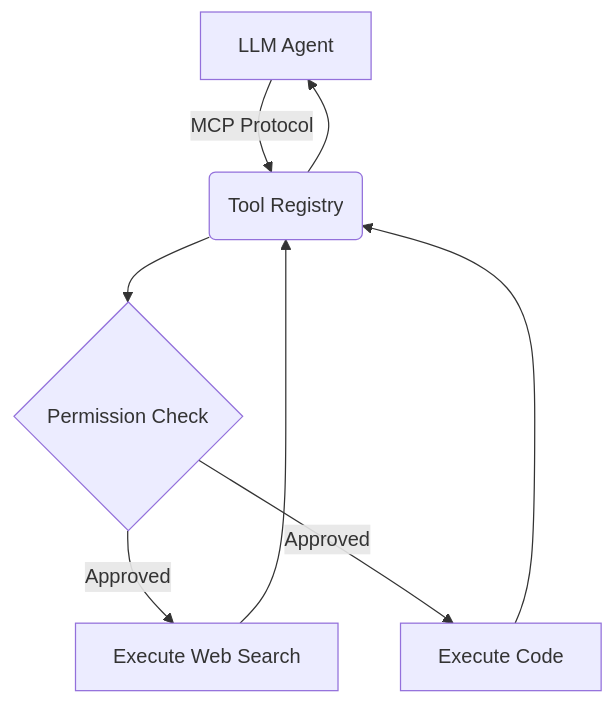
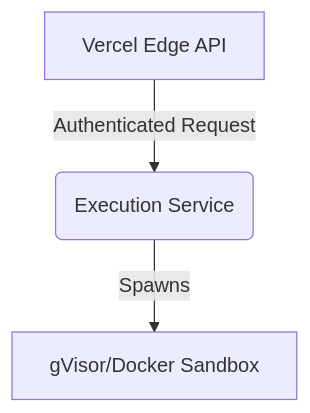
Before and after one commit to dev4aibots/mcp-tool-registry: the diagram in README.md, drawn with Mermaid. The commit also changed other lines of this file, not shown here.

````diff
--- a/README.md
+++ b/README.md
@@ -44,9 +44,5 @@
 ```mermaid
 flowchart TD
-    A[LLM Agent] -->|MCP Protocol| B(Tool Registry)
-    B --> C{Permission Check}
-    C -->|Approved| D[Execute Web Search]
-    C -->|Approved| E[Execute Code]
-    D & E --> B
-    B --> A
+    A[Vercel Edge API] -->|Authenticated Request| B(Execution Service)
+    B -->|Spawns| C[gVisor/Docker Sandbox]
 ```
````
